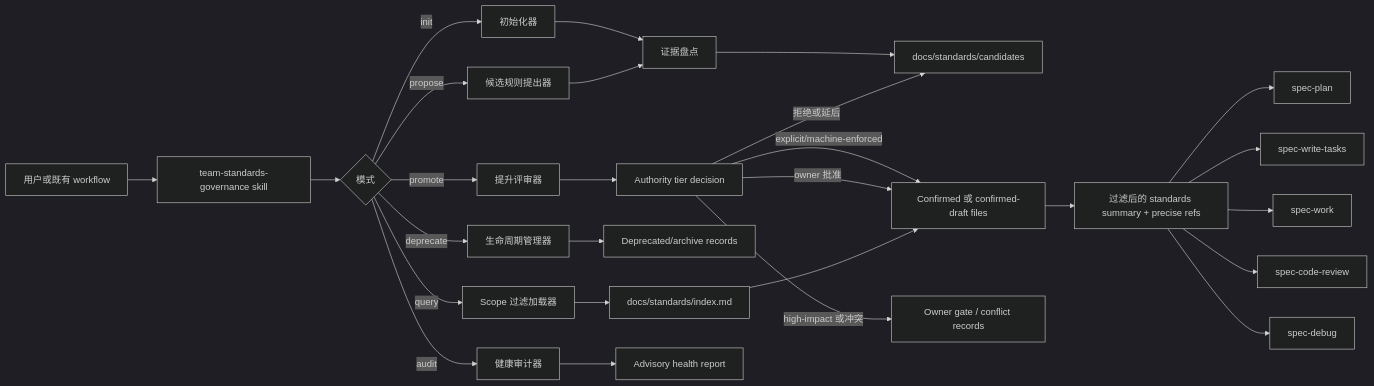
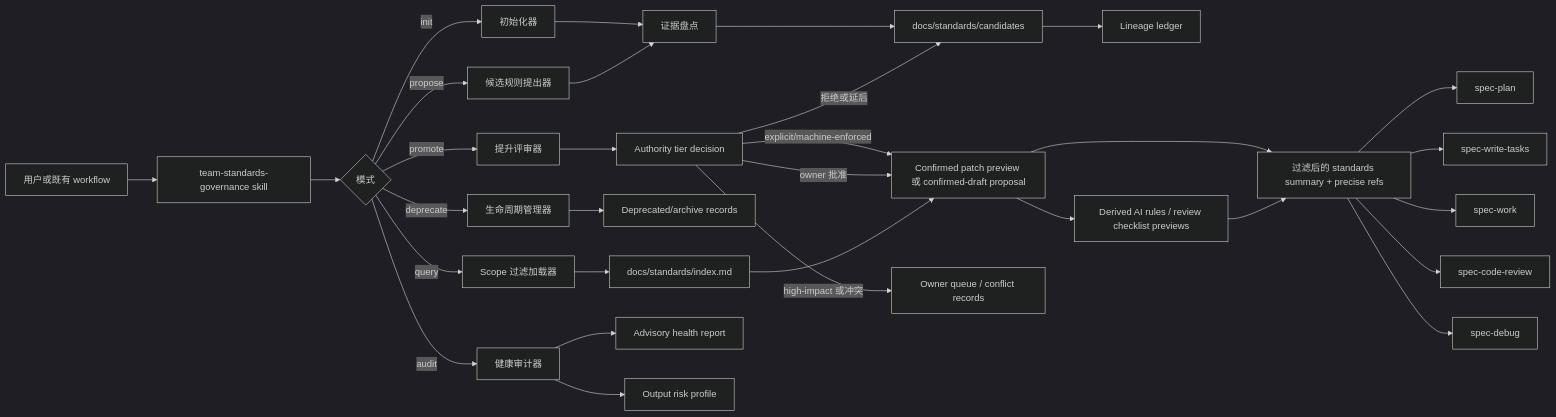
One commit to ajiao7240/spec-first changed the fourth of 7 diagrams in docs/plans/2026-06-21-004-feat-team-standards-governance-layer-plan.md. Above: the diagram before and after it, drawn with Mermaid (dark theme). The commit also changed other lines of this file and 13 other files, not shown here.

````diff
--- a/docs/plans/2026-06-21-004-feat-team-standards-governance-layer-plan.md
+++ b/docs/plans/2026-06-21-004-feat-team-standards-governance-layer-plan.md
@@ -650,34 +971,39 @@
 ```mermaid
 flowchart LR
   U[用户或既有 workflow] --> S[team-standards-governance skill]
   S --> M{模式}
 
   M -->|init| I[初始化器]
   M -->|query| Q[Scope 过滤加载器]
   M -->|propose| P[候选规则提出器]
   M -->|promote| R[提升评审器]
   M -->|deprecate| D[生命周期管理器]
   M -->|audit| A[健康审计器]
 
   I --> E[证据盘点]
   P --> E
   E --> C[docs/standards/candidates]
+  C --> LG[Lineage ledger]
 
   R --> H[Authority tier decision]
-  H -->|explicit/machine-enforced| F[Confirmed 或 confirmed-draft files]
+  H -->|explicit/machine-enforced| F[Confirmed patch preview 或 confirmed-draft proposal]
   H -->|owner 批准| F
-  H -->|high-impact 或冲突| X[Owner gate / conflict records]
+  H -->|high-impact 或冲突| X[Owner queue / conflict records]
   H -->|拒绝或延后| C
 
   D --> Z[Deprecated/archive records]
   Q --> IDX[docs/standards/index.md]
   IDX --> F
   F --> OUT[过滤后的 standards summary + precise refs]
   A --> REP[Advisory health report]
 
   OUT --> PLAN[spec-plan]
   OUT --> TASKS[spec-write-tasks]
   OUT --> WORK[spec-work]
   OUT --> REVIEW[spec-code-review]
   OUT --> DEBUG[spec-debug]
+
+  F --> DER[Derived AI rules / review checklist previews]
+  DER --> OUT
+  A --> RISK[Output risk profile]
 ```
````
